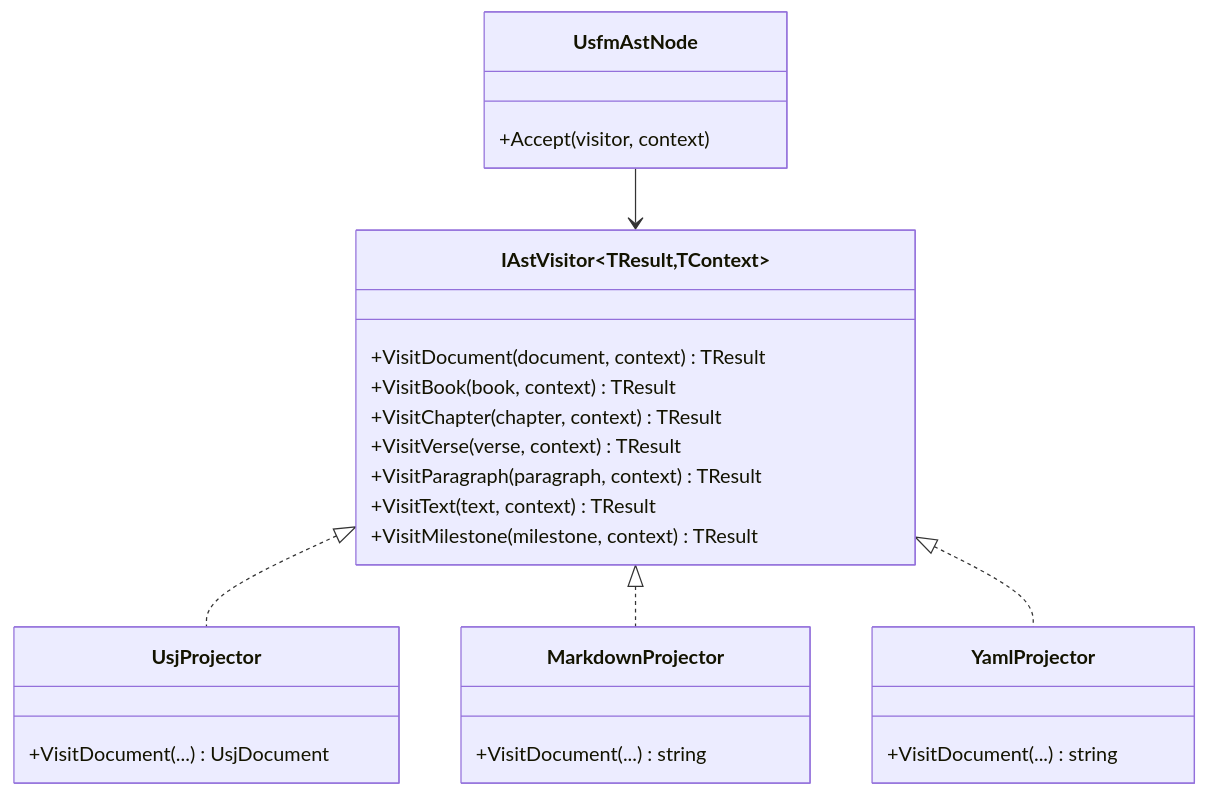
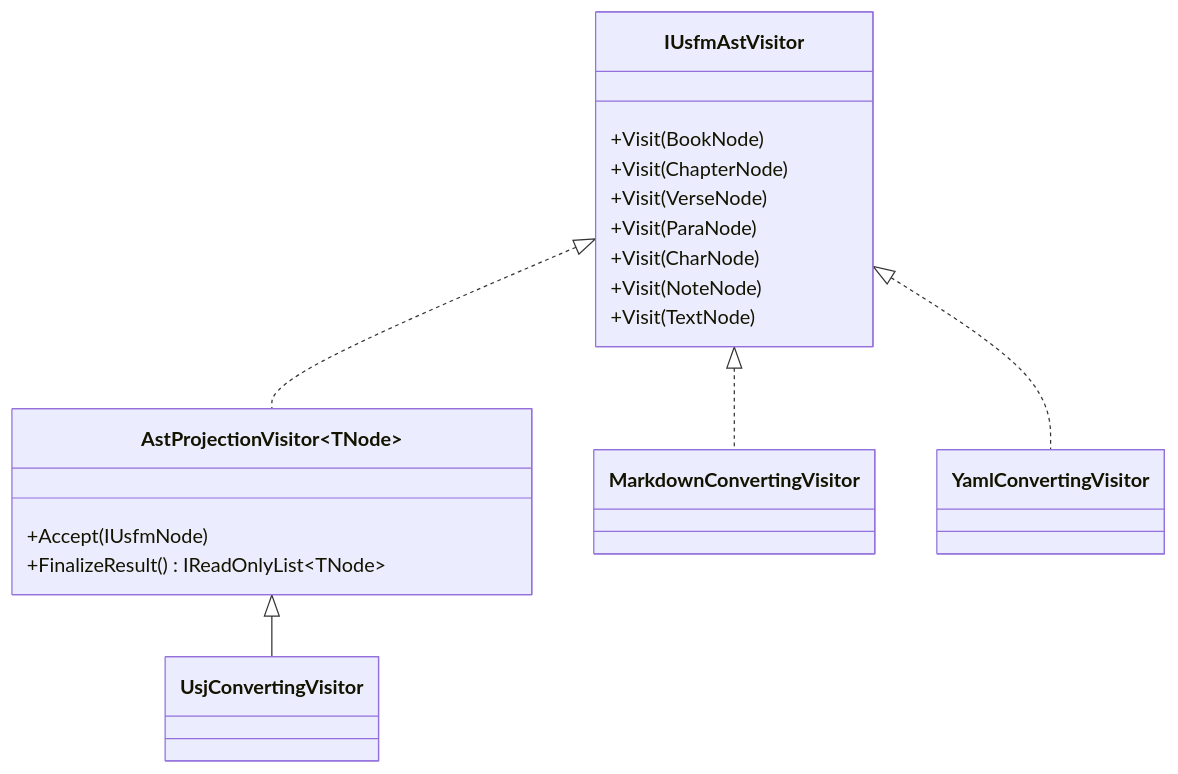
One commit to danzuep/nice-usfm-json changed the second of 3 diagrams in docs/architecture.md. Above: the diagram before and after it, drawn with Mermaid. The commit also changed other lines of this file and 27 other files, not shown here.

````diff
--- a/docs/architecture.md
+++ b/docs/architecture.md
@@ -120,29 +71,24 @@
 ```mermaid
 classDiagram
-    class UsfmAstNode {
-        +Accept(visitor, context)
+    class IUsfmAstVisitor {
+        +Visit(BookNode)
+        +Visit(ChapterNode)
+        +Visit(VerseNode)
+        +Visit(ParaNode)
+        +Visit(CharNode)
+        +Visit(NoteNode)
+        +Visit(TextNode)
     }
-    class IAstVisitor~TResult,TContext~ {
-        +VisitDocument(document, context) TResult
-        +VisitBook(book, context) TResult
-        +VisitChapter(chapter, context) TResult
-        +VisitVerse(verse, context) TResult
-        +VisitParagraph(paragraph, context) TResult
-        +VisitText(text, context) TResult
-        +VisitMilestone(milestone, context) TResult
+    class AstProjectionVisitor~TNode~ {
+        +Accept(IUsfmNode)
+        +FinalizeResult() IReadOnlyList~TNode~
     }
-    class UsjProjector {
-        +VisitDocument(...) UsjDocument
-    }
-    class MarkdownProjector {
-        +VisitDocument(...) string
-    }
-    class YamlProjector {
-        +VisitDocument(...) string
-    }
+    class UsjConvertingVisitor
+    class MarkdownConvertingVisitor
+    class YamlConvertingVisitor
 
-    UsfmAstNode --> IAstVisitor
-    IAstVisitor <|.. UsjProjector
-    IAstVisitor <|.. MarkdownProjector
-    IAstVisitor <|.. YamlProjector
+    IUsfmAstVisitor <|.. AstProjectionVisitor
+    AstProjectionVisitor <|-- UsjConvertingVisitor
+    IUsfmAstVisitor <|.. MarkdownConvertingVisitor
+    IUsfmAstVisitor <|.. YamlConvertingVisitor
 ```
````
